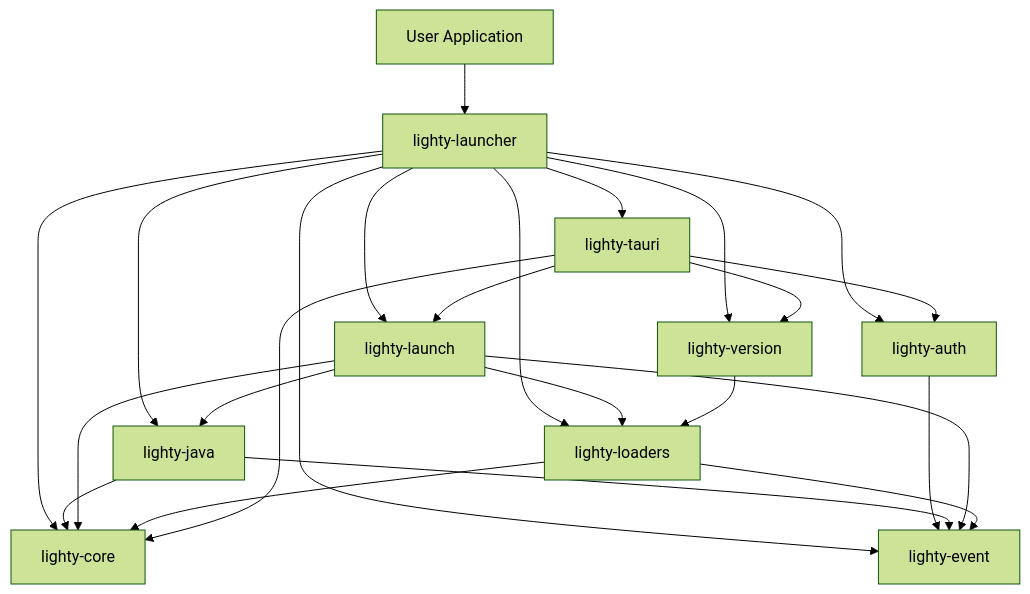
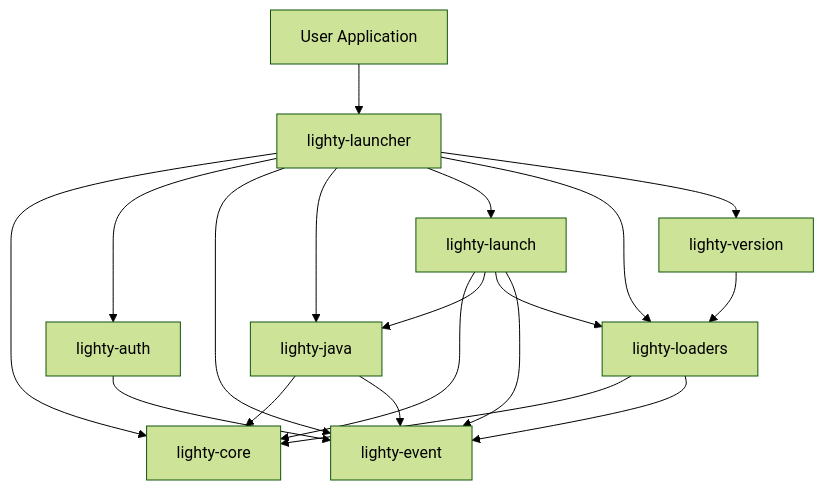
Before and after one commit to miguelkix30/LightyLauncherLib: the diagram in docs/architecture.md, drawn with Mermaid (forest theme). The commit also changed other lines of this file and 122 other files, not shown here.

````diff
--- a/docs/architecture.md
+++ b/docs/architecture.md
@@ -46,38 +46,32 @@
 ```mermaid
 graph TD
     User[User Application]
     Launcher[lighty-launcher]
     Core[lighty-core]
     Auth[lighty-auth]
     Event[lighty-event]
     Java[lighty-java]
     Launch[lighty-launch]
     Loaders[lighty-loaders]
     Version[lighty-version]
-    Tauri[lighty-tauri]
 
     User --> Launcher
     Launcher --> Core
     Launcher --> Auth
     Launcher --> Event
     Launcher --> Java
     Launcher --> Launch
     Launcher --> Loaders
     Launcher --> Version
-    Launcher --> Tauri
 
     Auth --> Event
     Java --> Core
     Java --> Event
     Launch --> Core
     Launch --> Java
     Launch --> Loaders
     Launch --> Event
     Loaders --> Core
     Loaders --> Event
     Version --> Loaders
-    Tauri --> Core
-    Tauri --> Auth
-    Tauri --> Launch
-    Tauri --> Version
 ```
````
